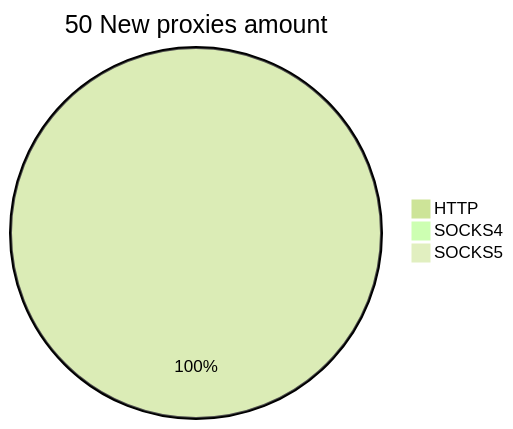
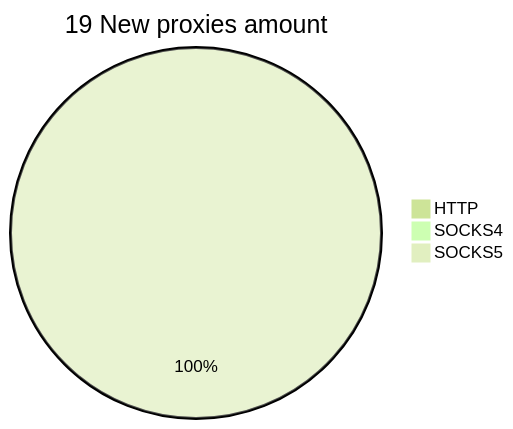
Before and after one commit to cutipu/proxylist: the second of 2 diagrams in README.md, drawn with Mermaid (forest theme). The commit also changed other lines of this file, not shown here.

````diff
--- a/README.md
+++ b/README.md
@@ -10,6 +10,6 @@
 ```mermaid
-pie title 50 New proxies amount
-    "HTTP" : 50
+pie title 19 New proxies amount
+    "HTTP" : 0
     "SOCKS4" : 0
-    "SOCKS5" : 0
+    "SOCKS5" : 19
 ```
````
